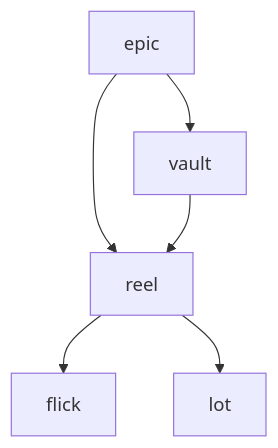
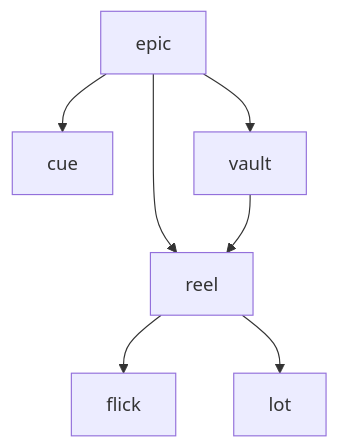
One commit to bitmonk8/backlot changed the diagram in ARCHITECTURE.md. Above: the diagram before and after it, drawn with Mermaid. The commit also changed other lines of this file and 33 other files, not shown here.

````diff
--- a/ARCHITECTURE.md
+++ b/ARCHITECTURE.md
@@ -16,8 +16,9 @@
 ```mermaid
 graph TD
+    epic --> cue
     epic --> reel
     epic --> vault
     vault --> reel
     reel --> flick
     reel --> lot
 ```
````
